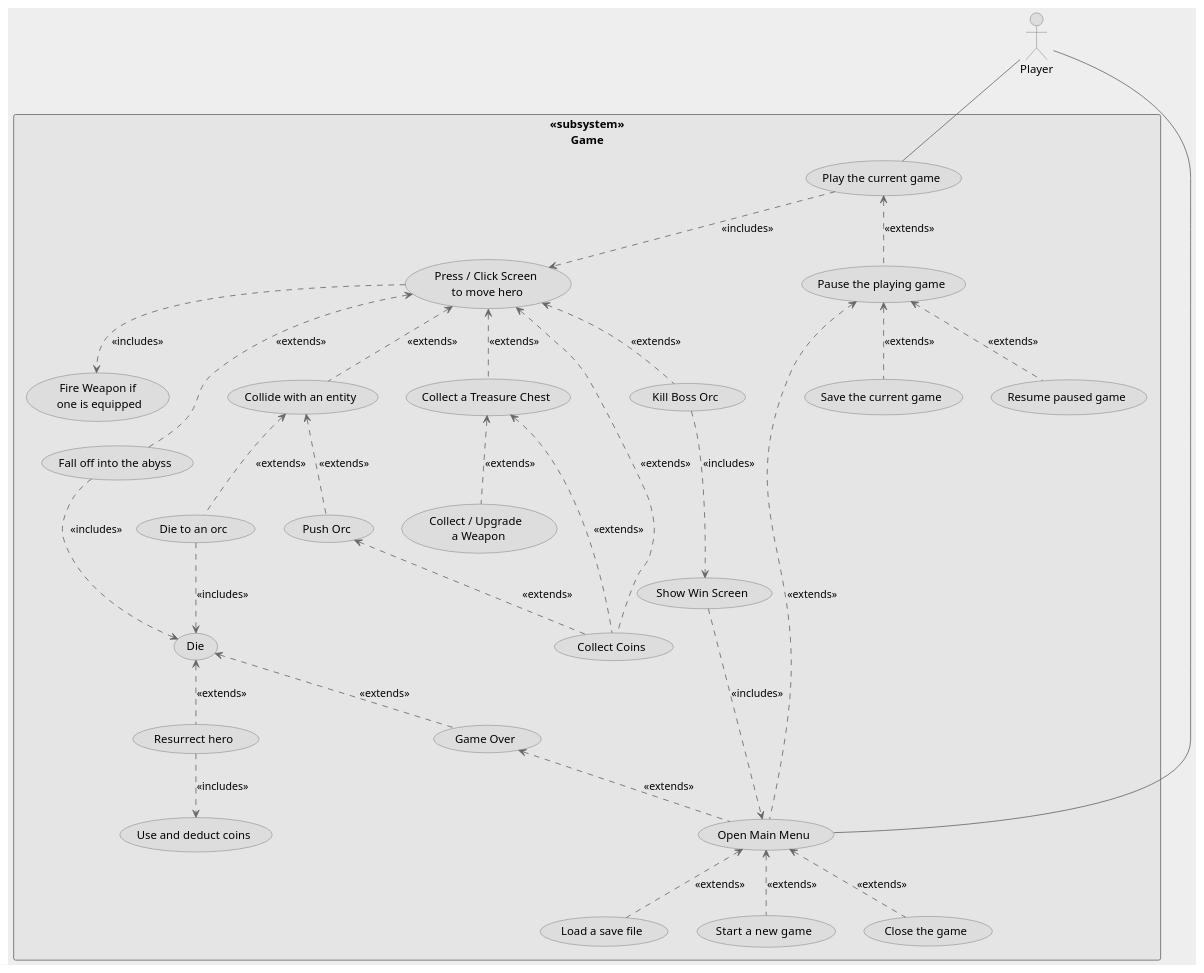
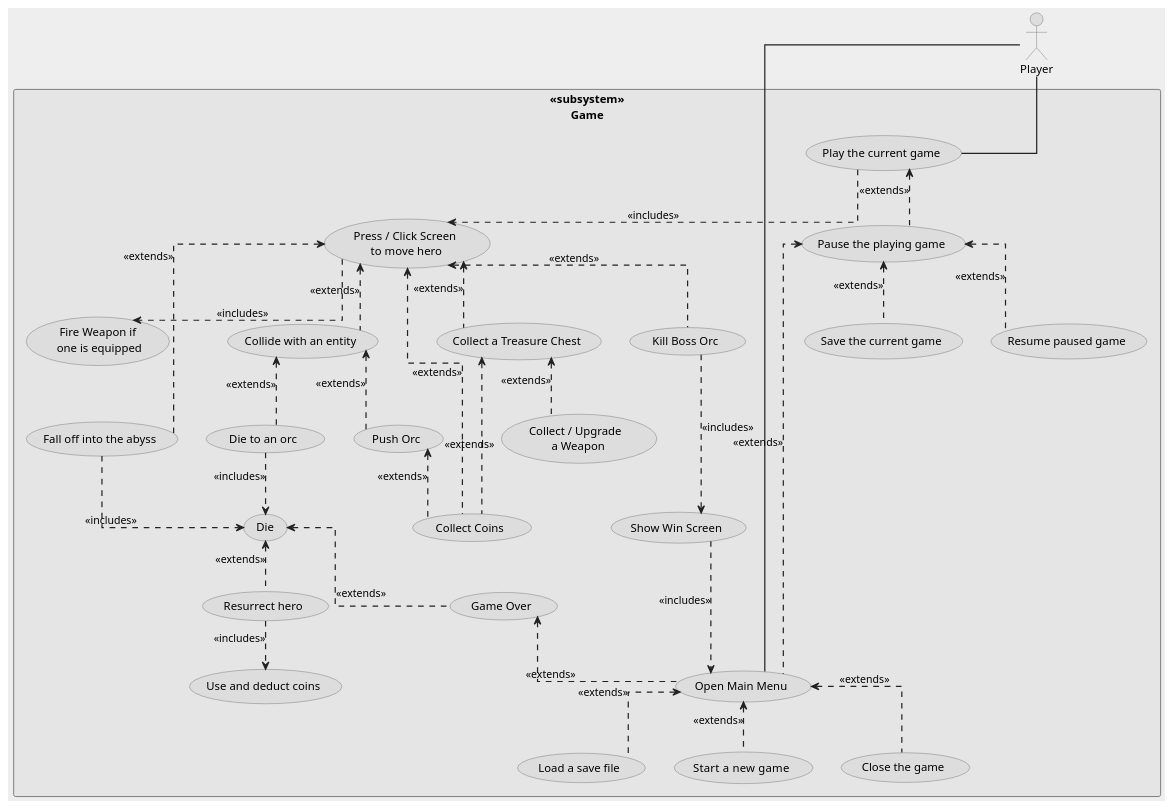
Before and after one commit to madhava20217/Will-Hero---JavaFX-clone: the diagram in documentation/UML/UseCase.puml, drawn with PlantUML. The commit also changed 8 other files, not shown here.

Commit message:
finished class diagram, exported diagrams

```diff
--- a/documentation/UML/UseCase.puml
+++ b/documentation/UML/UseCase.puml
@@ -1,85 +1,87 @@
 @startuml
 
 skinparam packageStyle rectangle
+skinparam linetype ortho
 
 :Player: as pl
 
 skinparam BackgroundColor #EEE
 
 skinparam rectangle {
     BackgroundColor #E5E5E5
     BorderColor #666
 }
 
-skinparam arrowColor #666
+skinparam arrowColor #222
+skinparam arrowThickness 1.5
 
 skinparam usecase {
     BackgroundColor #DDD
     BorderColor #666
 }
 
 skinparam actor {
     BorderColor #666
     BackgroundColor #DDD
 }
 
 rectangle <<subsystem>>\nGame {
     (Press / Click Screen\n to move hero) as press
     (Load a save file) as load
     (Save the current game) as save
     (Pause the playing game) as pause
     (Resume paused game) as resume
     (Resurrect hero) as resurrect
     (Use and deduct coins) as use_coins
     (Start a new  game) as start
     (Close the game) as exit
     (Open Main Menu) as initialise
     (Play the current game) as play
     (Collect a Treasure Chest) as collect
     (Collect Coins) as collect_coins
     (Collide with an entity) as collide
     (Die to an orc) as orc
     (Fire Weapon if\n one is equipped) as fire_weapon
     (Push Orc) as push_orc
     (Fall off into the abyss) as fall_off
     (Die) as die
     (Collect / Upgrade \n a Weapon) as collect_weapon
     (Game Over) as game_over
     (Kill Boss Orc) as boss_win
     (Show Win Screen) as win
 }
 
 pl -- initialise
 initialise <.. start: <<extends>>
 initialise <.. load: <<extends>>
 initialise <.. exit: <<extends>>
 
 play ..> press: <<includes>>
 play <.. pause: <<extends>>
 pause <.. resume: <<extends>>
 pause <.. save: <<extends>>
 
 press <.. collect: <<extends>>
 press <.. collide: <<extends>>
 press <.. collect_coins: <<extends>>
 press ..> fire_weapon: <<includes>>
 die <.. resurrect: <<extends>>
 resurrect ..> use_coins: <<includes>>
 pause <.. initialise: <<extends>>
 collide <.. push_orc: <<extends>>
 push_orc <.. collect_coins: <<extends>>
 collide <.. orc: <<extends>>
 press <.. fall_off: <<extends>>
 orc ..> die: <<includes>>
 fall_off ..> die: <<includes>>
 collect <.. collect_coins: <<extends>>
 collect <.. collect_weapon: <<extends>>
 die <.. game_over: <<extends>>
 game_over <.. initialise: <<extends>>
 
 press <.. boss_win: <<extends>>
 boss_win ..> win: <<includes>>
 win ..> initialise: <<includes>>
 pl -- play
 
 @enduml
```
